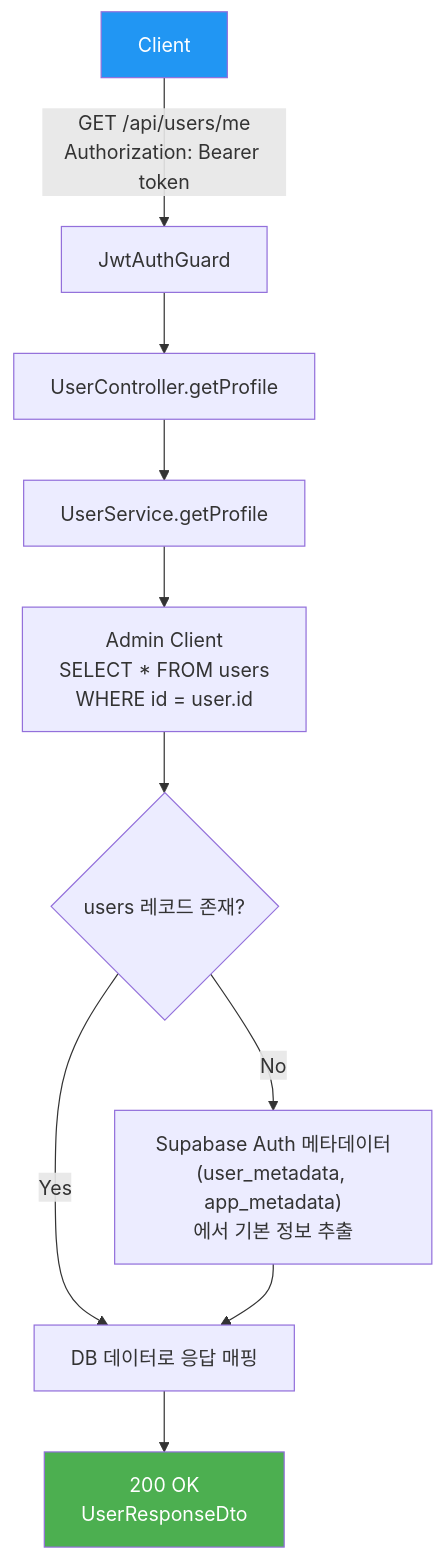
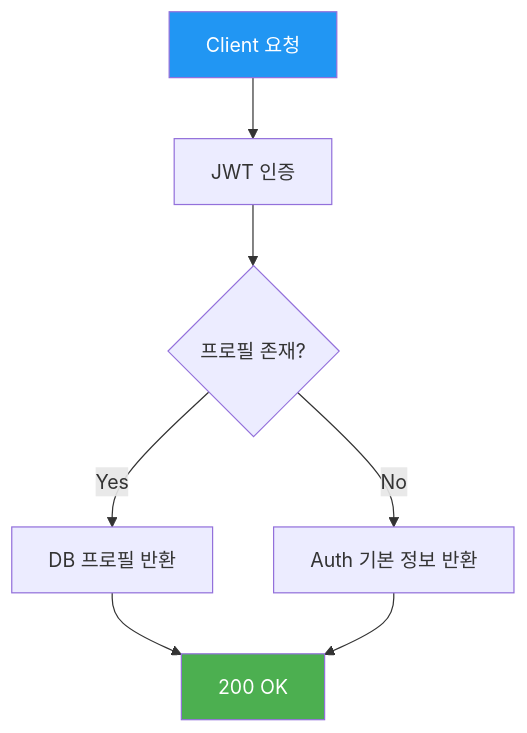
Before and after one commit to youngkim90/ddukddak-api: the first of 6 diagrams in docs/api/user-api.md, drawn with Mermaid. The commit also changed other lines of this file and 5 other files, not shown here.

First line of the commit message:
docs: simplify flowcharts with dual API/code flow structure

````diff
--- a/docs/api/user-api.md
+++ b/docs/api/user-api.md
@@ -23,15 +23,12 @@
 ```mermaid
 flowchart TD
-    A[Client] -->|"GET /api/users/me<br/>Authorization: Bearer token"| B[JwtAuthGuard]
-    B --> C[UserController.getProfile]
-    C --> D[UserService.getProfile]
-    D --> E["Admin Client<br/>SELECT * FROM users<br/>WHERE id = user.id"]
-    E --> F{users 레코드 존재?}
-    F -- Yes --> G[DB 데이터로 응답 매핑]
-    F -- No --> H["Supabase Auth 메타데이터<br/>(user_metadata, app_metadata)<br/>에서 기본 정보 추출"]
-    H --> G
-    G --> I["200 OK<br/>UserResponseDto"]
+    A[Client 요청] --> B[JWT 인증]
+    B --> C{프로필 존재?}
+    C -- Yes --> D[DB 프로필 반환]
+    C -- No --> E[Auth 기본 정보 반환]
+    D --> F[200 OK]
+    E --> F
 
     style A fill:#2196f3,color:#fff
-    style I fill:#4caf50,color:#fff
+    style F fill:#4caf50,color:#fff
 ```
````
